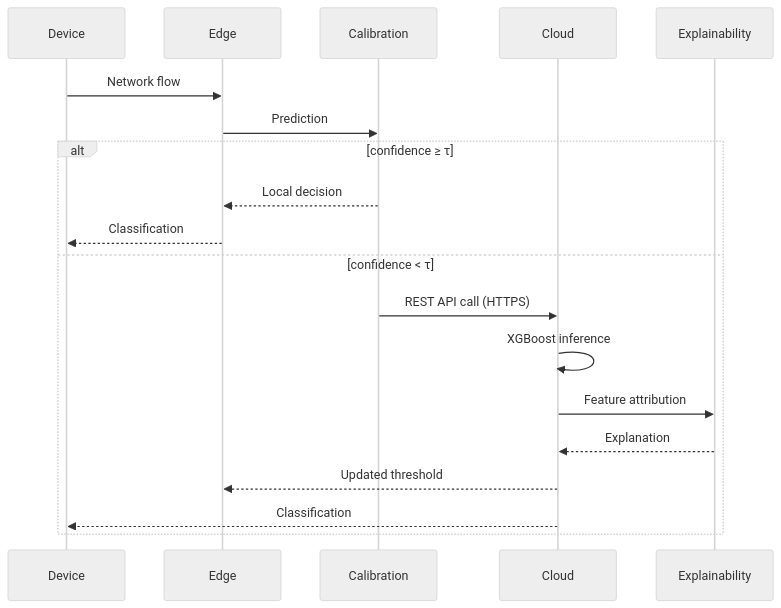
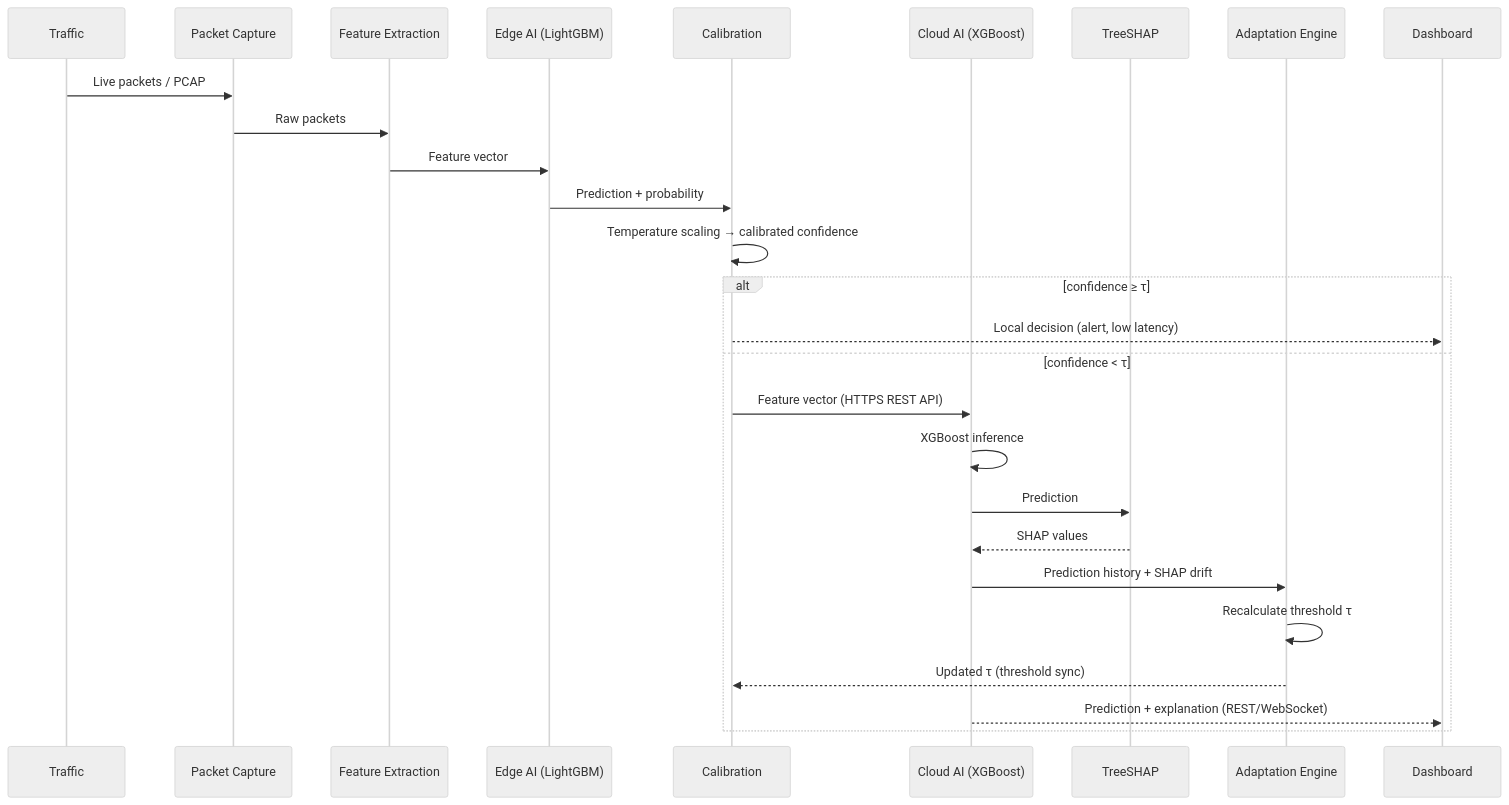
Before and after one commit to AtharvaVavhal/aecids: the fourth of 7 diagrams in README.md, drawn with Mermaid (neutral theme). The commit also changed other lines of this file, not shown here.

````diff
--- a/README.md
+++ b/README.md
@@ -278,22 +293,30 @@
 ```mermaid
 sequenceDiagram
-    participant Device
-    participant Edge
-    participant Calibration
-    participant Cloud
-    participant SHAP as Explainability
+    participant Net as Traffic
+    participant Cap as Packet Capture
+    participant Feat as Feature Extraction
+    participant Edge as Edge AI (LightGBM)
+    participant Cal as Calibration
+    participant Cloud as Cloud AI (XGBoost)
+    participant SHAP as TreeSHAP
+    participant Adapt as Adaptation Engine
+    participant Dash as Dashboard
 
-    Device->>Edge: Network flow
-    Edge->>Calibration: Prediction
+    Net->>Cap: Live packets / PCAP
+    Cap->>Feat: Raw packets
+    Feat->>Edge: Feature vector
+    Edge->>Cal: Prediction + probability
+    Cal->>Cal: Temperature scaling → calibrated confidence
     alt confidence ≥ τ
-        Calibration-->>Edge: Local decision
-        Edge-->>Device: Classification
+        Cal-->>Dash: Local decision (alert, low latency)
     else confidence < τ
-        Calibration->>Cloud: REST API call (HTTPS)
+        Cal->>Cloud: Feature vector (HTTPS REST API)
         Cloud->>Cloud: XGBoost inference
-        Cloud->>SHAP: Feature attribution
-        SHAP-->>Cloud: Explanation
-        Cloud-->>Edge: Updated threshold
-        Cloud-->>Device: Classification
+        Cloud->>SHAP: Prediction
+        SHAP-->>Cloud: SHAP values
+        Cloud->>Adapt: Prediction history + SHAP drift
+        Adapt->>Adapt: Recalculate threshold τ
+        Adapt-->>Cal: Updated τ (threshold sync)
+        Cloud-->>Dash: Prediction + explanation (REST/WebSocket)
     end
 ```
````
